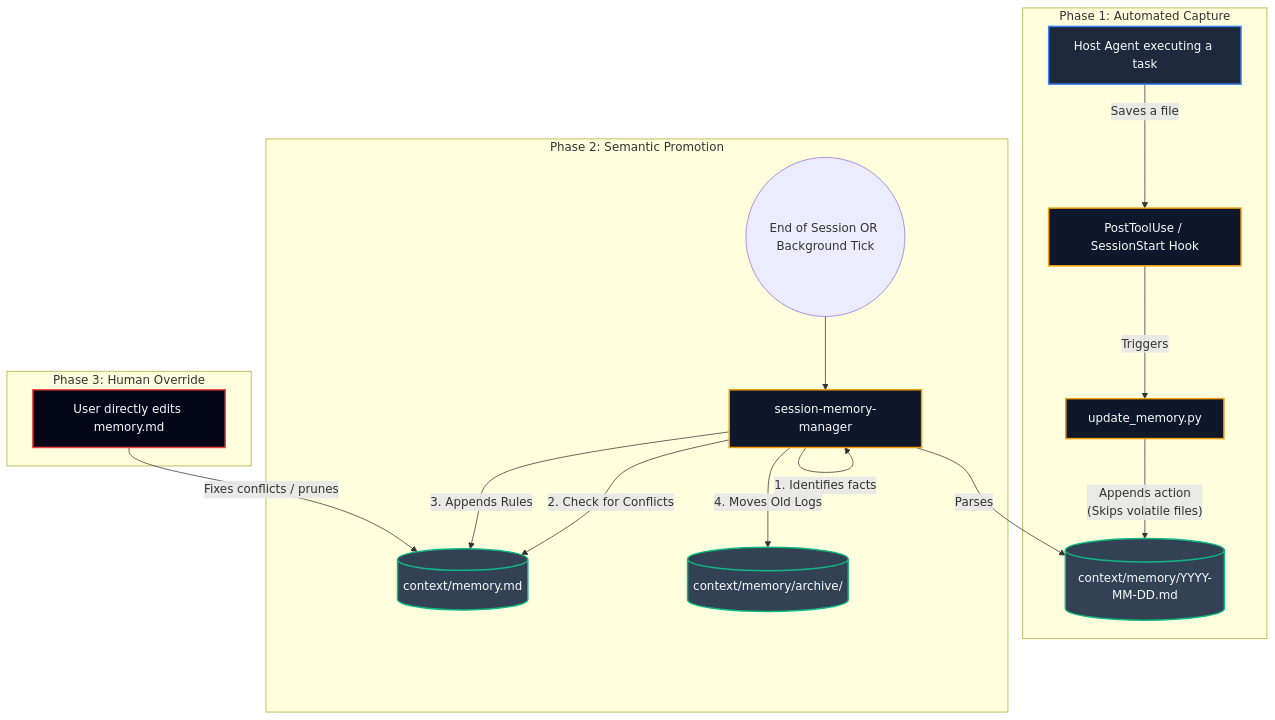
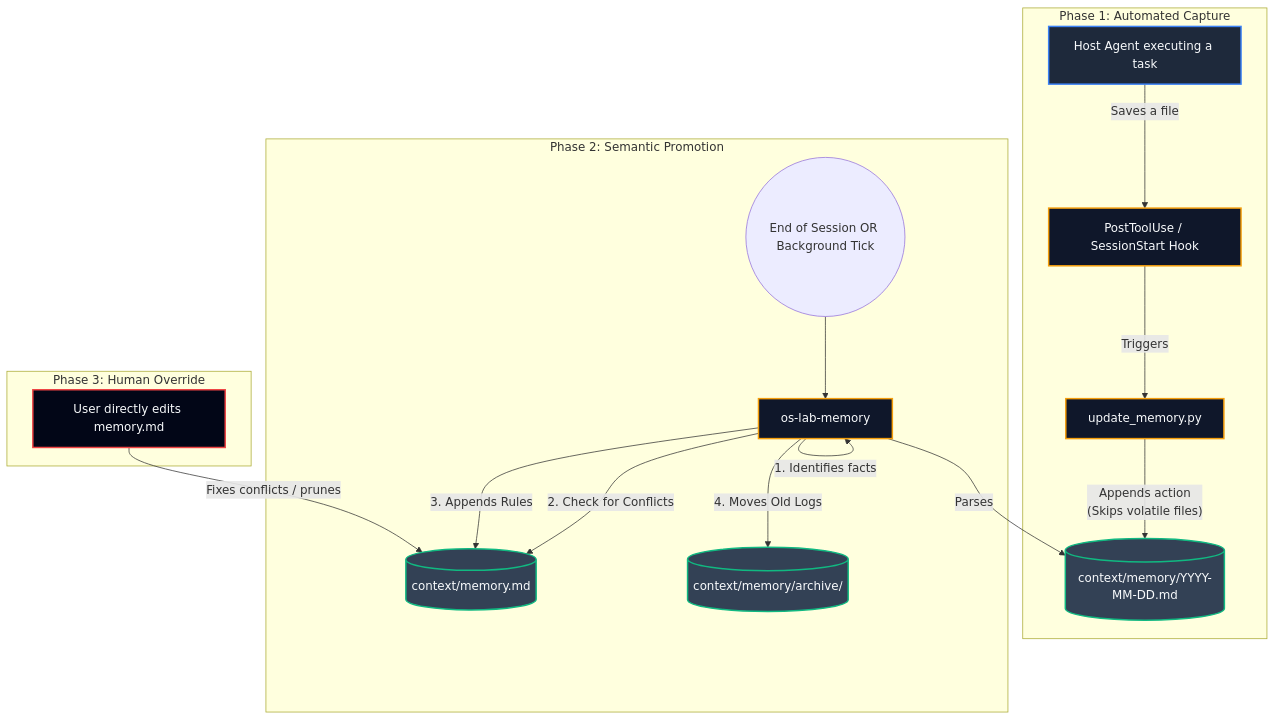
The diagram in plugins/agent-agentic-os/assets/diagrams/agentic-os-memory-subsystem.mmd (richfrem/agent-plugins-skills), drawn with Mermaid before and after one commit. The commit also changed 943 other files, not shown here.

```diff
--- a/plugins/agent-agentic-os/assets/diagrams/agentic-os-memory-subsystem.mmd
+++ b/plugins/agent-agentic-os/assets/diagrams/agentic-os-memory-subsystem.mmd
@@ -1,36 +1,36 @@
 flowchart TD
     classDef external fill:#1E293B,stroke:#3B82F6,stroke-width:2px,color:#F8FAFC
     classDef auto fill:#0F172A,stroke:#F59E0B,stroke-width:2px,color:#F8FAFC
     classDef storage fill:#334155,stroke:#10B981,stroke-width:2px,color:#F8FAFC
     classDef manual fill:#020617,stroke:#EF4444,stroke-width:2px,color:#F8FAFC
-    
+
     Host[Host Agent executing a task]:::external
-    
+
     subgraph "Phase 1: Automated Capture"
         Hook[PostToolUse / SessionStart Hook]:::auto
         UpdatePy[update_memory.py]:::auto
         DailyLog[(context/memory/YYYY-MM-DD.md)]:::storage
-        
+
         Host -- Saves a file --> Hook
         Hook -- Triggers --> UpdatePy
         UpdatePy -- "Appends action<BR>(Skips volatile files)" --> DailyLog
     end
-    
+
     subgraph "Phase 2: Semantic Promotion"
         Trigger((End of Session OR Background Tick))
-        SMM[session-memory-manager]:::auto
+        SMM[os-lab-memory]:::auto
         L3[(context/memory.md)]:::storage
         Archive[(context/memory/archive/)]:::storage
-        
+
         Trigger --> SMM
         SMM -- Parses --> DailyLog
         SMM -- "1. Identifies facts" --> SMM
         SMM -- "2. Check for Conflicts" --> L3
         SMM -- "3. Appends Rules" --> L3
         SMM -- "4. Moves Old Logs" --> Archive
     end
-    
+
     subgraph "Phase 3: Human Override"
         UserAction[User directly edits memory.md]:::manual
         UserAction -- "Fixes conflicts / prunes" --> L3
     end
```
